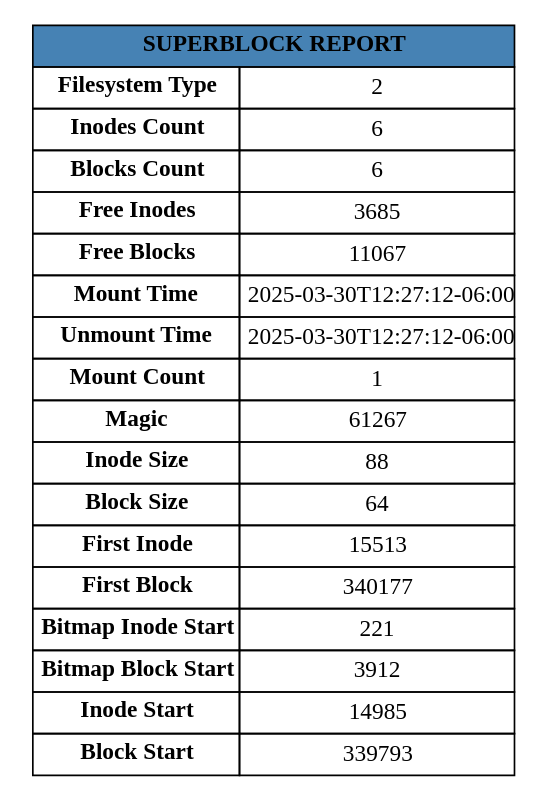
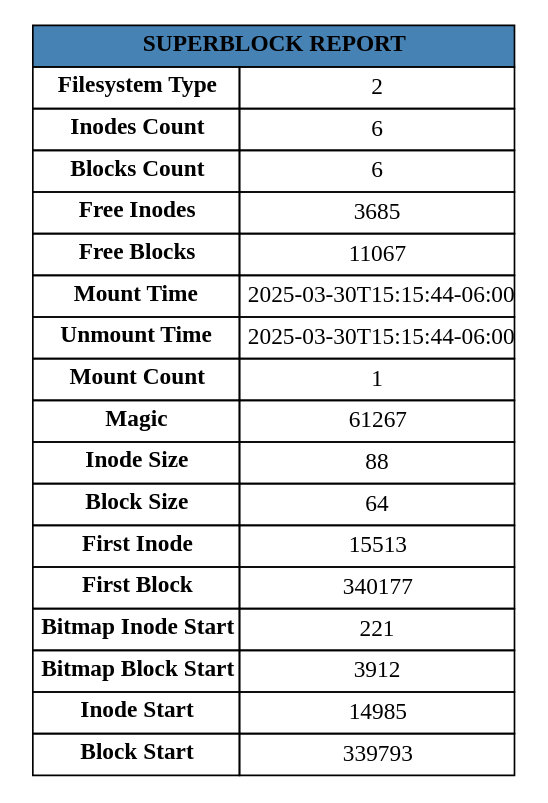
The diagram in output/report_sb.dot (Brandon22023/MIA_1S2025_P1_202300813), drawn with Graphviz before and after one commit. The commit also changed 15 other files, not shown here.

```diff
--- a/output/report_sb.dot
+++ b/output/report_sb.dot
@@ -1,25 +1,25 @@
 digraph G {
 		node [shape=plaintext, fontname="Times"]
 		edge [color="#4682B4", arrowhead=vee]
 		superblock [label=<
 			<table border="0" cellborder="1" cellspacing="0" cellpadding="4" style="font-family:Times">
 				<tr><td colspan="2" bgcolor="#4682B4" style="color:white; font-size:14px; padding:6px;"><b>SUPERBLOCK REPORT</b></td></tr>
 				<tr><td><b>Filesystem Type</b></td><td>2</td></tr>
 				<tr><td><b>Inodes Count</b></td><td>6</td></tr>
 				<tr><td><b>Blocks Count</b></td><td>6</td></tr>
 				<tr><td><b>Free Inodes</b></td><td>3685</td></tr>
 				<tr><td><b>Free Blocks</b></td><td>11067</td></tr>
-				<tr><td><b>Mount Time</b></td><td>2025-03-30T12:27:12-06:00</td></tr>
-				<tr><td><b>Unmount Time</b></td><td>2025-03-30T12:27:12-06:00</td></tr>
+				<tr><td><b>Mount Time</b></td><td>2025-03-30T15:15:44-06:00</td></tr>
+				<tr><td><b>Unmount Time</b></td><td>2025-03-30T15:15:44-06:00</td></tr>
 				<tr><td><b>Mount Count</b></td><td>1</td></tr>
 				<tr><td><b>Magic</b></td><td>61267</td></tr>
 				<tr><td><b>Inode Size</b></td><td>88</td></tr>
 				<tr><td><b>Block Size</b></td><td>64</td></tr>
 				<tr><td><b>First Inode</b></td><td>15513</td></tr>
 				<tr><td><b>First Block</b></td><td>340177</td></tr>
 				<tr><td><b>Bitmap Inode Start</b></td><td>221</td></tr>
 				<tr><td><b>Bitmap Block Start</b></td><td>3912</td></tr>
 				<tr><td><b>Inode Start</b></td><td>14985</td></tr>
 				<tr><td><b>Block Start</b></td><td>339793</td></tr>
 			</table>>];
 	}
```
